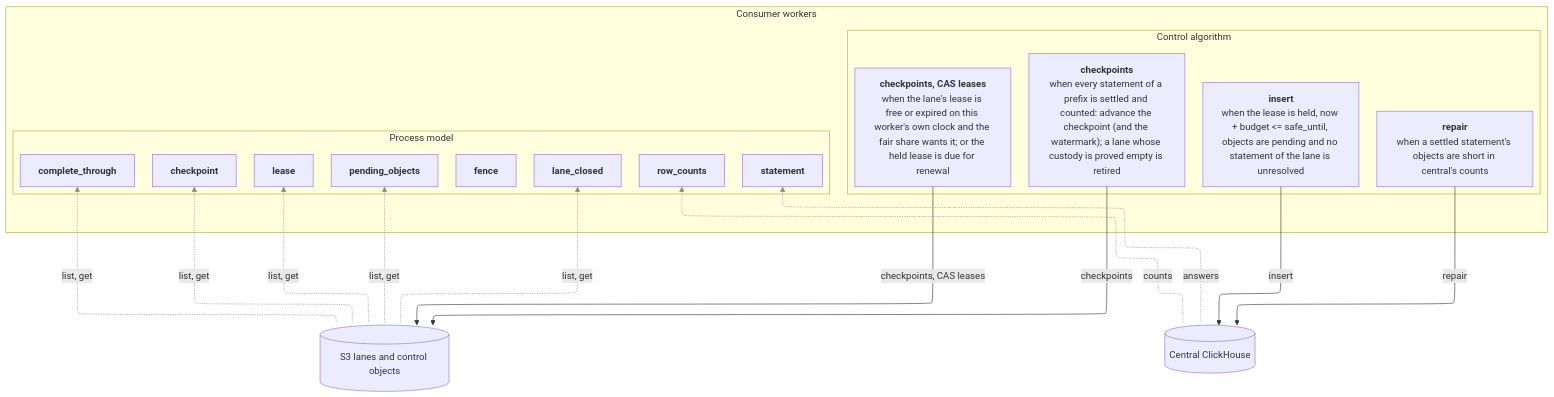
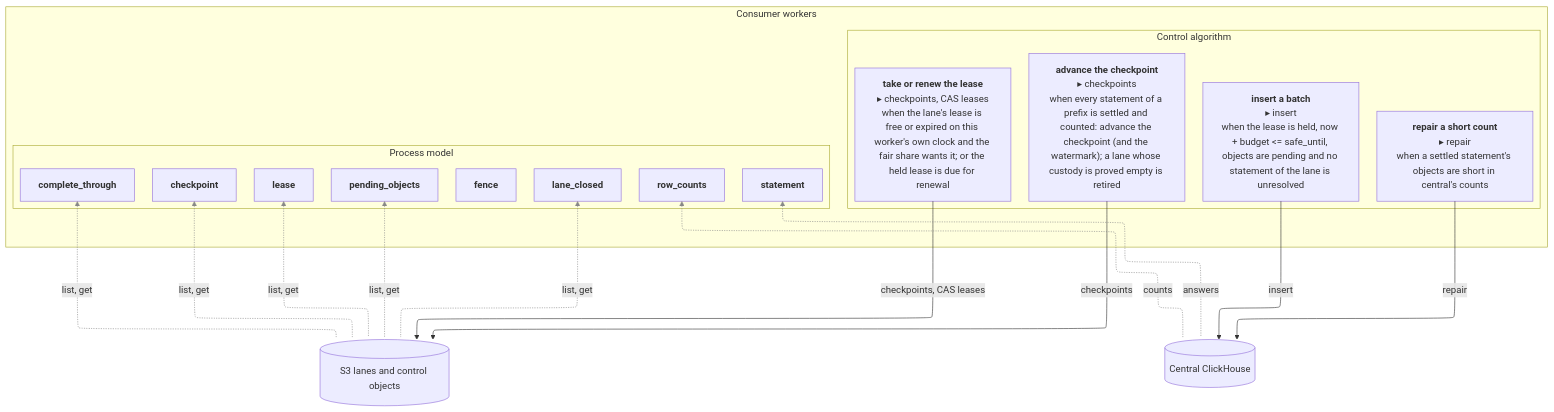
Before and after one commit to casselc/observability: the diagram in otel-chdb/stpa/generated/controller-consumer.mmd, drawn with Mermaid. The commit also changed 60 other files, not shown here.

First line of the commit message:
otel-chdb/stpa: rule names head the detail diagrams; PRD widgets for every controller

```diff
--- a/otel-chdb/stpa/generated/controller-consumer.mmd
+++ b/otel-chdb/stpa/generated/controller-consumer.mmd
@@ -1,39 +1,39 @@
 ---
 config:
   layout: elk
 ---
 flowchart TB
   %% Generated by otel-chdb/stpa/tools from records/controller-8020ed.md and structure.yaml. Do not edit.
   subgraph C["Consumer workers"]
     subgraph CA["Control algorithm"]
-      r1["<b>checkpoints, CAS leases</b><br/>when the lane's lease is free or expired on this worker's own clock and the fair share wants it; or the held lease is due for renewal"]
-      r2["<b>insert</b><br/>when the lease is held, now + budget <= safe_until, objects are pending and no statement of the lane is unresolved"]
-      r3["<b>repair</b><br/>when a settled statement's objects are short in central's counts"]
-      r4["<b>checkpoints</b><br/>when every statement of a prefix is settled and counted: advance the checkpoint (and the watermark); a lane whose custody is proved empty is retired"]
+      r1["<b>take or renew the lease</b><br/>▸ checkpoints, CAS leases<br/>when the lane's lease is free or expired on this worker's own clock and the fair share wants it; or the held lease is due for renewal"]
+      r2["<b>insert a batch</b><br/>▸ insert<br/>when the lease is held, now + budget <= safe_until, objects are pending and no statement of the lane is unresolved"]
+      r3["<b>repair a short count</b><br/>▸ repair<br/>when a settled statement's objects are short in central's counts"]
+      r4["<b>advance the checkpoint</b><br/>▸ checkpoints<br/>when every statement of a prefix is settled and counted: advance the checkpoint (and the watermark); a lane whose custody is proved empty is retired"]
     end
     subgraph PM["Process model"]
       v1["<b>lease</b>"]
       v2["<b>fence</b>"]
       v3["<b>checkpoint</b>"]
       v4["<b>pending_objects</b>"]
       v5["<b>statement</b>"]
       v6["<b>row_counts</b>"]
       v7["<b>complete_through</b>"]
       v8["<b>lane_closed</b>"]
     end
   end
   n21e324[("S3 lanes and control objects")]
   r1 -->|checkpoints, CAS leases| n21e324
   r4 -->|checkpoints| n21e324
   v1 fb1@<-.->|list, get| n21e324
   v3 fb2@<-.->|list, get| n21e324
   v4 fb3@<-.->|list, get| n21e324
   v7 fb4@<-.->|list, get| n21e324
   v8 fb5@<-.->|list, get| n21e324
   ned00c7[("Central ClickHouse")]
   r2 -->|insert| ned00c7
   r3 -->|repair| ned00c7
   v5 fb6@<-.->|answers| ned00c7
   v6 fb7@<-.->|counts| ned00c7
   classDef fb stroke:#888,marker-end:none
   class fb1,fb2,fb3,fb4,fb5,fb6,fb7 fb
```
